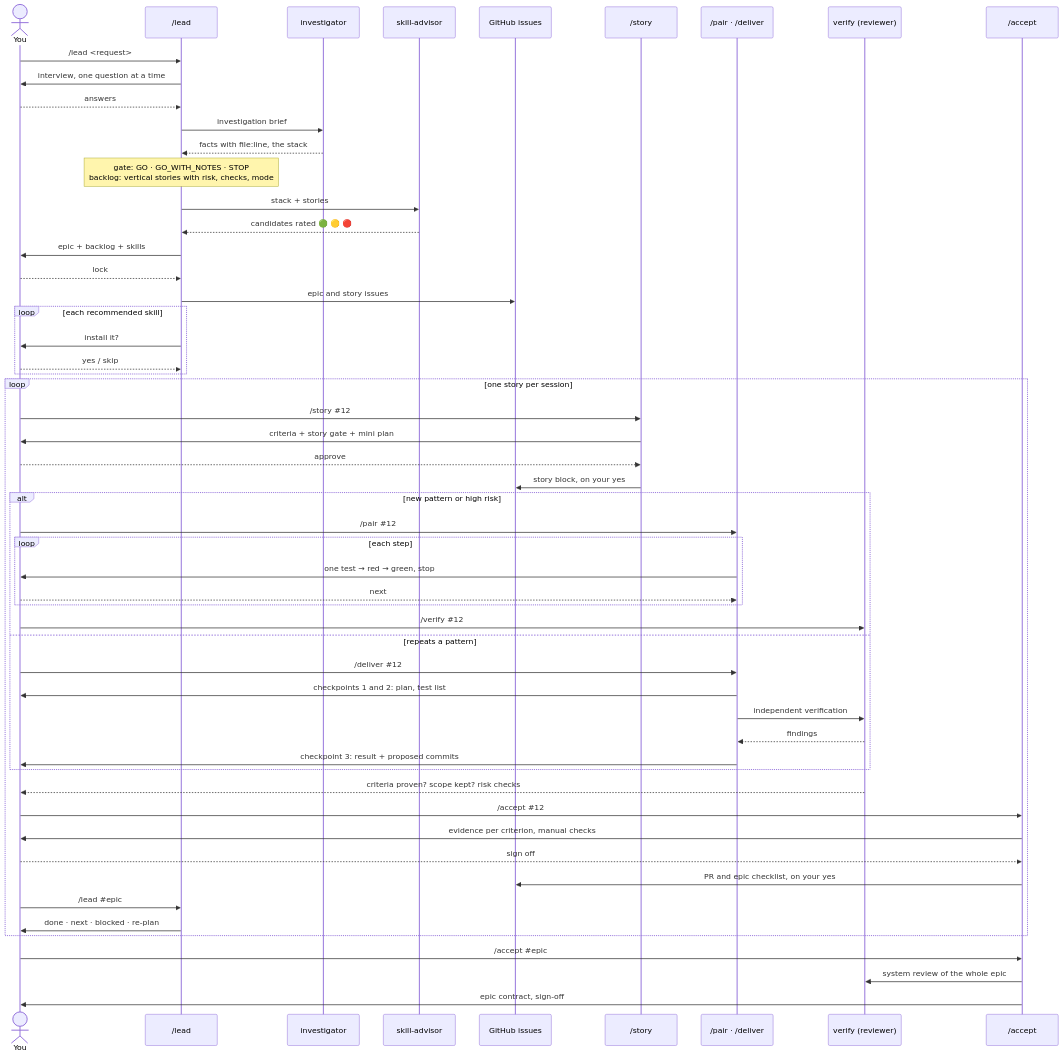
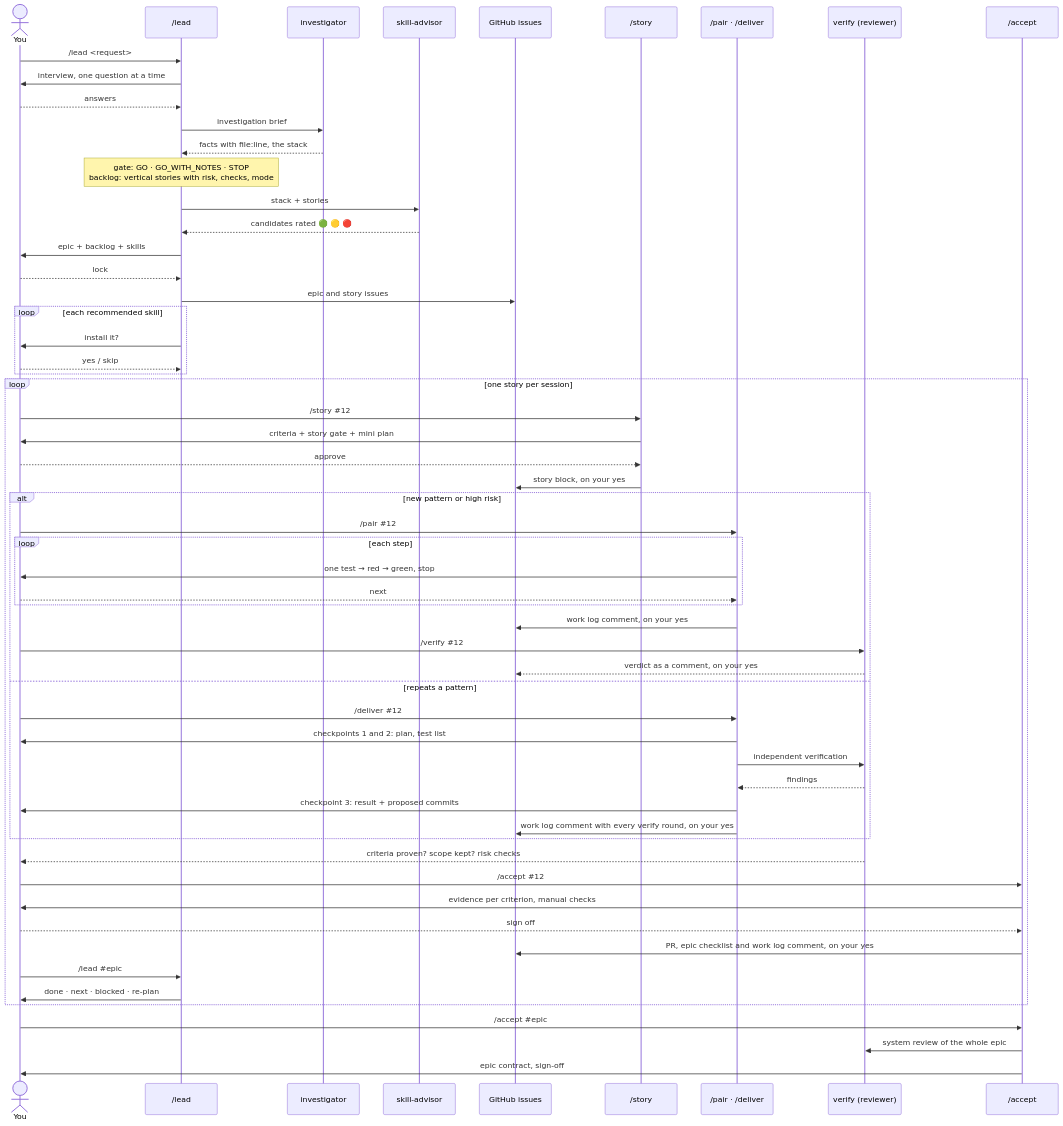
Before and after one commit to bitIO/wheelhouse: the second of 2 diagrams in docs/flow.md, drawn with Mermaid. The commit also changed 1 other file, not shown here.

Commit message:
docs: document the work log in the README and the flow diagram (#11)
Follow-up to #9: the README now introduces the work log and links to the
example, and the sequence diagram in `docs/flow.md` shows the comments
that pair, deliver, verify and accept post.

🤖 Generated with [Claude Code](https://claude.com/claude-code)

````diff
--- a/docs/flow.md
+++ b/docs/flow.md
@@ -49,60 +49,63 @@
 ```mermaid
 sequenceDiagram
     actor You
     participant Lead as /lead
     participant Inv as investigator
     participant Adv as skill-advisor
     participant GH as GitHub issues
     participant Story as /story
     participant Build as /pair · /deliver
     participant Rev as verify (reviewer)
     participant Acc as /accept
 
     You->>Lead: /lead <request>
     Lead->>You: interview, one question at a time
     You-->>Lead: answers
     Lead->>Inv: investigation brief
     Inv-->>Lead: facts with file:line, the stack
     Note over Lead: gate: GO · GO_WITH_NOTES · STOP<br/>backlog: vertical stories with risk, checks, mode
     Lead->>Adv: stack + stories
     Adv-->>Lead: candidates rated 🟢 🟡 🔴
     Lead->>You: epic + backlog + skills
     You-->>Lead: lock
     Lead->>GH: epic and story issues
     loop each recommended skill
         Lead->>You: install it?
         You-->>Lead: yes / skip
     end
 
     loop one story per session
         You->>Story: /story #35;12
         Story->>You: criteria + story gate + mini plan
         You-->>Story: approve
         Story->>GH: story block, on your yes
         alt new pattern or high risk
             You->>Build: /pair #35;12
             loop each step
                 Build->>You: one test → red → green, stop
                 You-->>Build: next
             end
+            Build->>GH: work log comment, on your yes
             You->>Rev: /verify #35;12
+            Rev-->>GH: verdict as a comment, on your yes
         else repeats a pattern
             You->>Build: /deliver #35;12
             Build->>You: checkpoints 1 and 2: plan, test list
             Build->>Rev: independent verification
             Rev-->>Build: findings
             Build->>You: checkpoint 3: result + proposed commits
+            Build->>GH: work log comment with every verify round, on your yes
         end
         Rev-->>You: criteria proven? scope kept? risk checks
         You->>Acc: /accept #35;12
         Acc->>You: evidence per criterion, manual checks
         You-->>Acc: sign off
-        Acc->>GH: PR and epic checklist, on your yes
+        Acc->>GH: PR, epic checklist and work log comment, on your yes
         You->>Lead: /lead #35;epic
         Lead->>You: done · next · blocked · re-plan
     end
 
     You->>Acc: /accept #35;epic
     Acc->>Rev: system review of the whole epic
     Acc->>You: epic contract, sign-off
 ```
````
